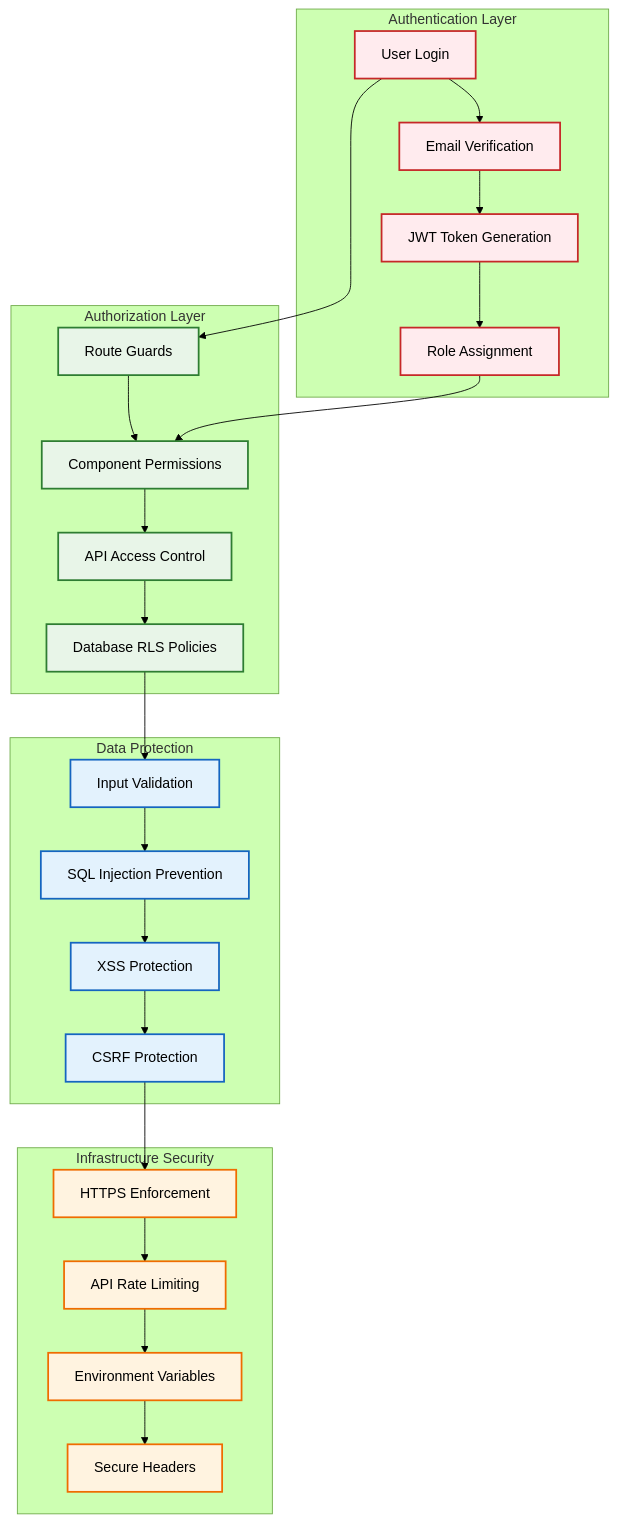
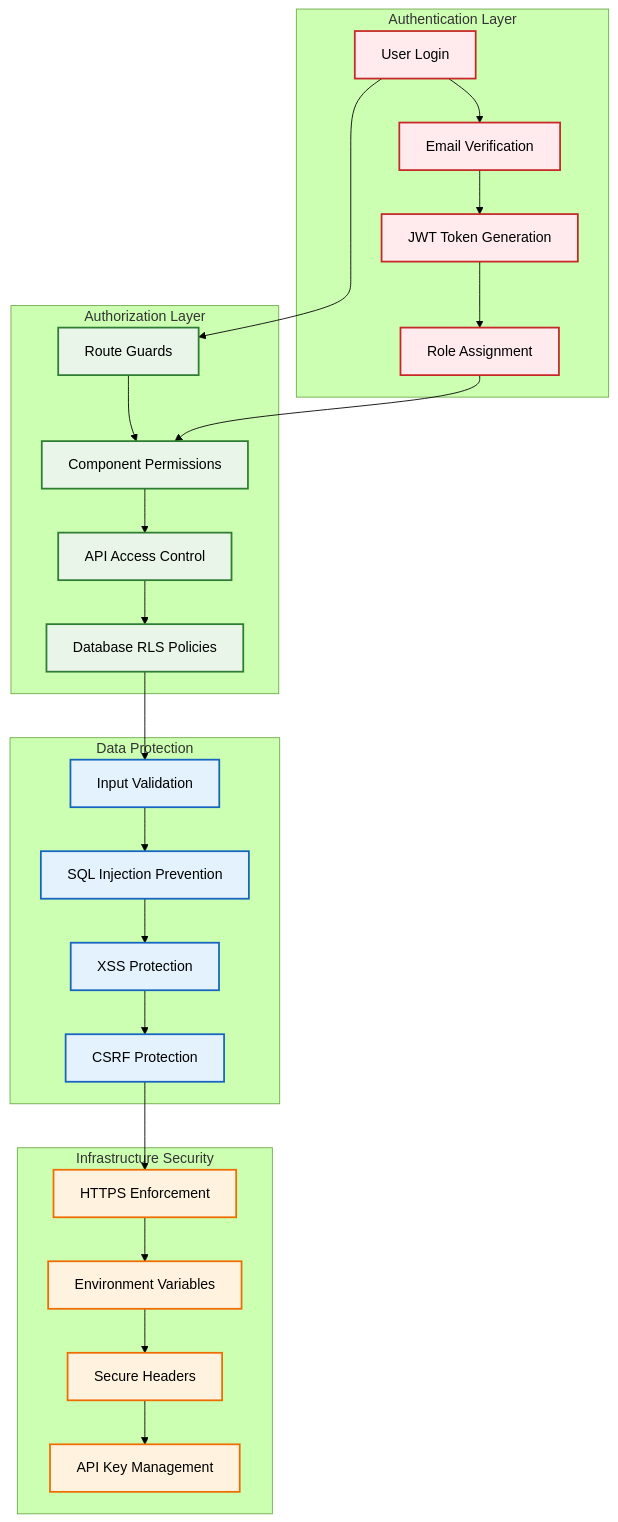
The fourth of 5 diagrams in README.md (Timiolowo/Tisham), drawn with Mermaid (forest theme) before and after one commit. The commit also changed other lines of this file, not shown here.

````diff
--- a/README.md
+++ b/README.md
@@ -407,49 +452,49 @@
 ```mermaid
 graph TB
     subgraph Auth["Authentication Layer"]
         A[User Login] --> B[Email Verification]
         B --> C[JWT Token Generation]
         C --> D[Role Assignment]
     end
     
     subgraph Authz["Authorization Layer"]
         E[Route Guards] --> F[Component Permissions]
         F --> G[API Access Control]
         G --> H[Database RLS Policies]
     end
     
     subgraph Data["Data Protection"]
         I[Input Validation]
         J[SQL Injection Prevention]
         K[XSS Protection]
         L[CSRF Protection]
     end
     
     subgraph Infra["Infrastructure Security"]
         M[HTTPS Enforcement]
-        N[API Rate Limiting]
-        O[Environment Variables]
-        P[Secure Headers]
+        N[Environment Variables]
+        O[Secure Headers]
+        P[API Key Management]
     end
     
     A --> E
     D --> F
     H --> I
     I --> J
     J --> K
     K --> L
     L --> M
     M --> N
     N --> O
     O --> P
     
     classDef auth fill:#ffebee,stroke:#c62828,stroke-width:2px,color:#000
     classDef authz fill:#e8f5e8,stroke:#2e7d32,stroke-width:2px,color:#000
     classDef data fill:#e3f2fd,stroke:#1565c0,stroke-width:2px,color:#000
     classDef infra fill:#fff3e0,stroke:#ef6c00,stroke-width:2px,color:#000
     
     class A,B,C,D auth
     class E,F,G,H authz
     class I,J,K,L data
     class M,N,O,P infra
 ```
````
